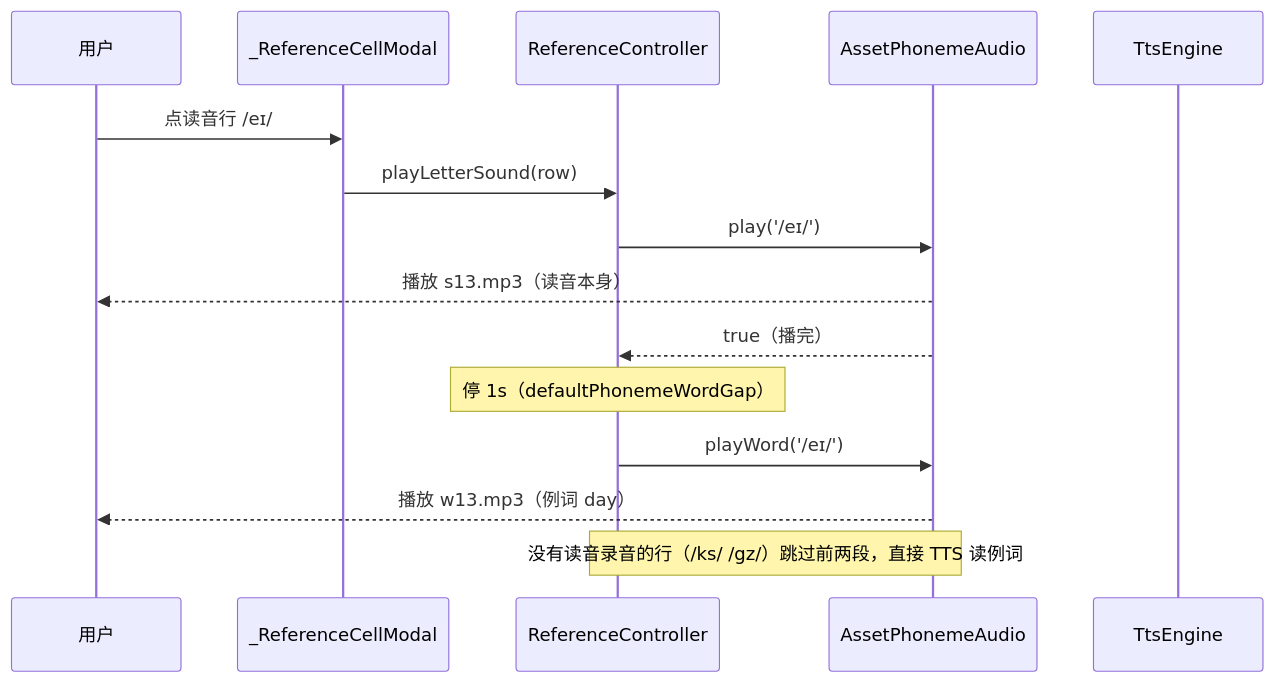
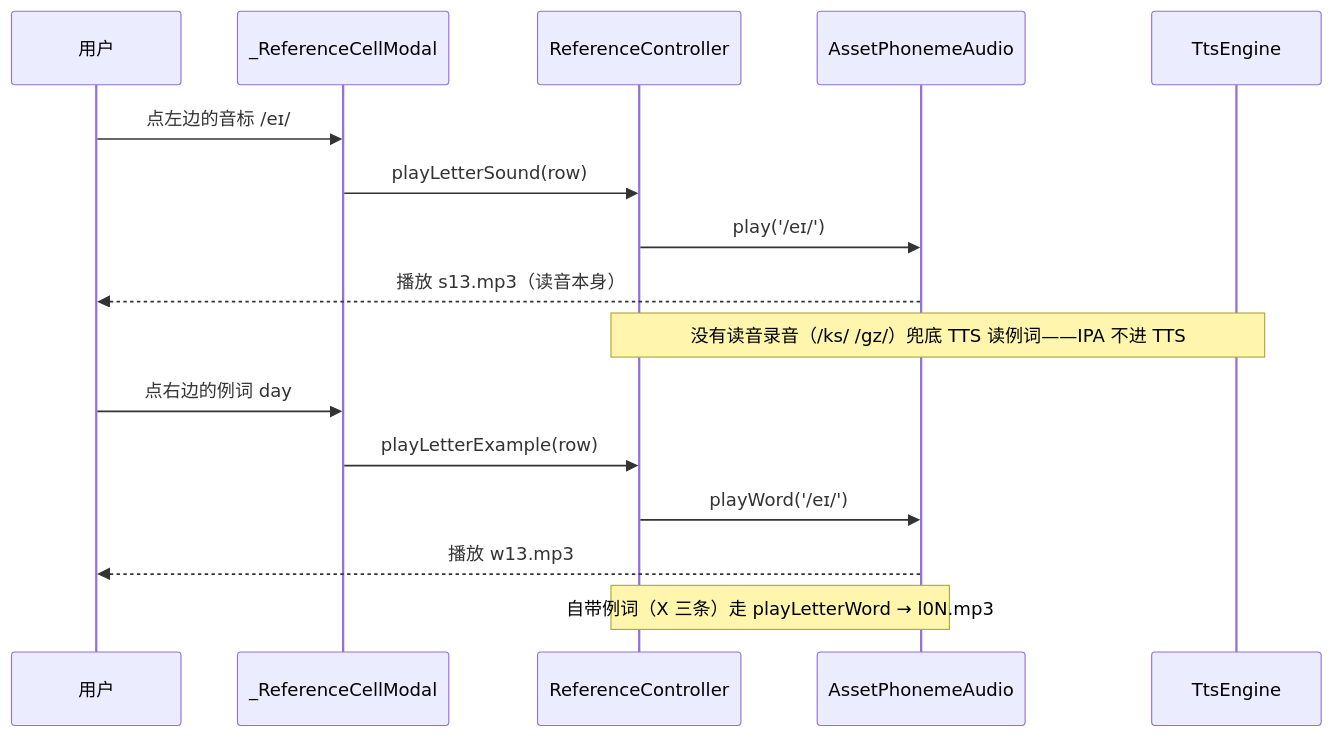
Before and after one commit to kindywu/contexta: the fifth of 7 diagrams in impl/app/flutter/docs/reference-alphabet.md, drawn with Mermaid. The commit also changed other lines of this file and 20 other files, not shown here.

````diff
--- a/impl/app/flutter/docs/reference-alphabet.md
+++ b/impl/app/flutter/docs/reference-alphabet.md
@@ -106,17 +147,18 @@
 ```mermaid
 sequenceDiagram
     participant U as 用户
     participant S as _ReferenceCellModal
     participant C as ReferenceController
     participant A as AssetPhonemeAudio
     participant T as TtsEngine
-    U->>S: 点读音行 /eɪ/
+    U->>S: 点左边的音标 /eɪ/
     S->>C: playLetterSound(row)
     C->>A: play('/eɪ/')
     A-->>U: 播放 s13.mp3（读音本身）
-    A-->>C: true（播完）
-    Note over C: 停 1s（defaultPhonemeWordGap）
+    Note over C,T: 没有读音录音（/ks/ /gz/）兜底 TTS 读例词——IPA 不进 TTS
+    U->>S: 点右边的例词 day
+    S->>C: playLetterExample(row)
     C->>A: playWord('/eɪ/')
-    A-->>U: 播放 w13.mp3（例词 day）
-    Note over C,A: 没有读音录音的行（/ks/ /gz/）跳过前两段，直接 TTS 读例词
+    A-->>U: 播放 w13.mp3
+    Note over C,A: 自带例词（X 三条）走 playLetterWord → l0N.mp3
 ```
````
